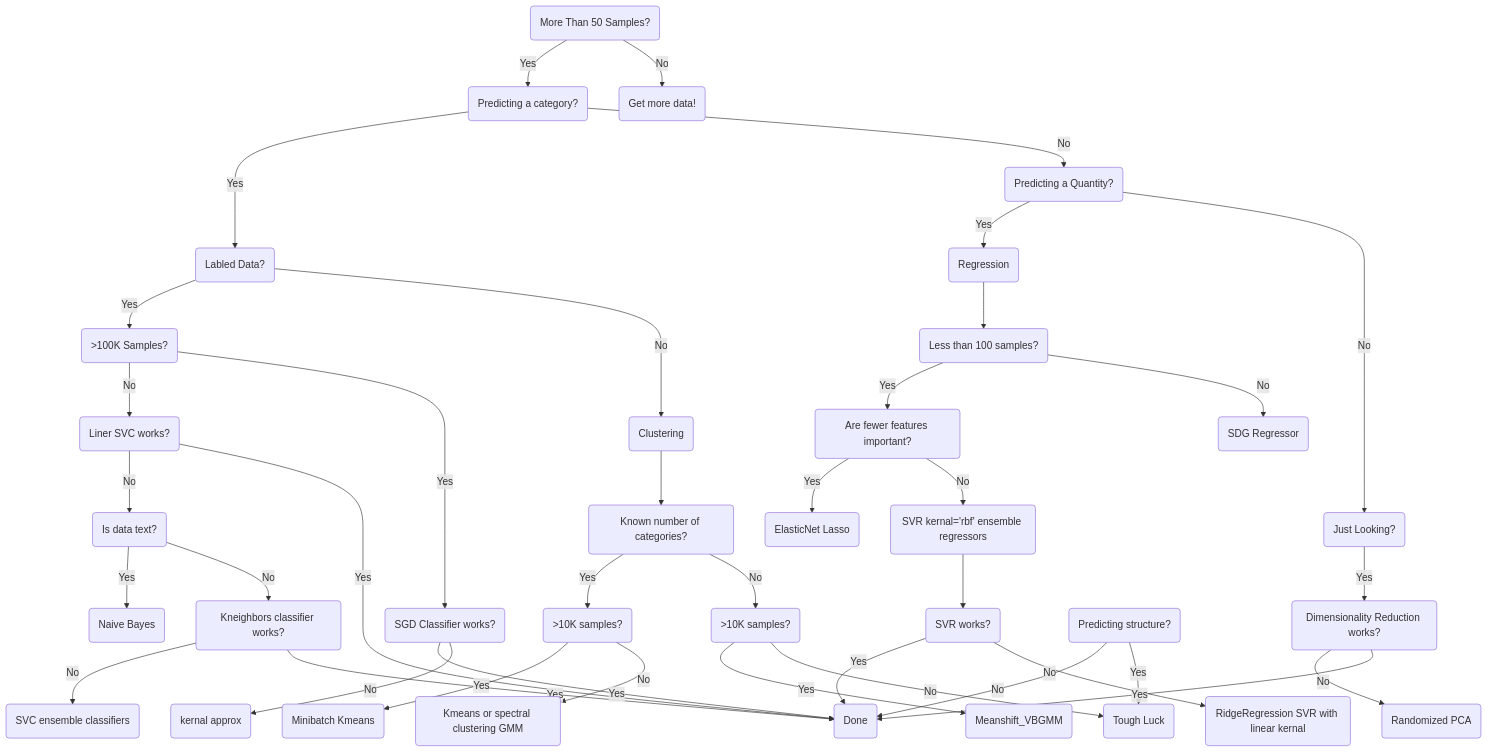
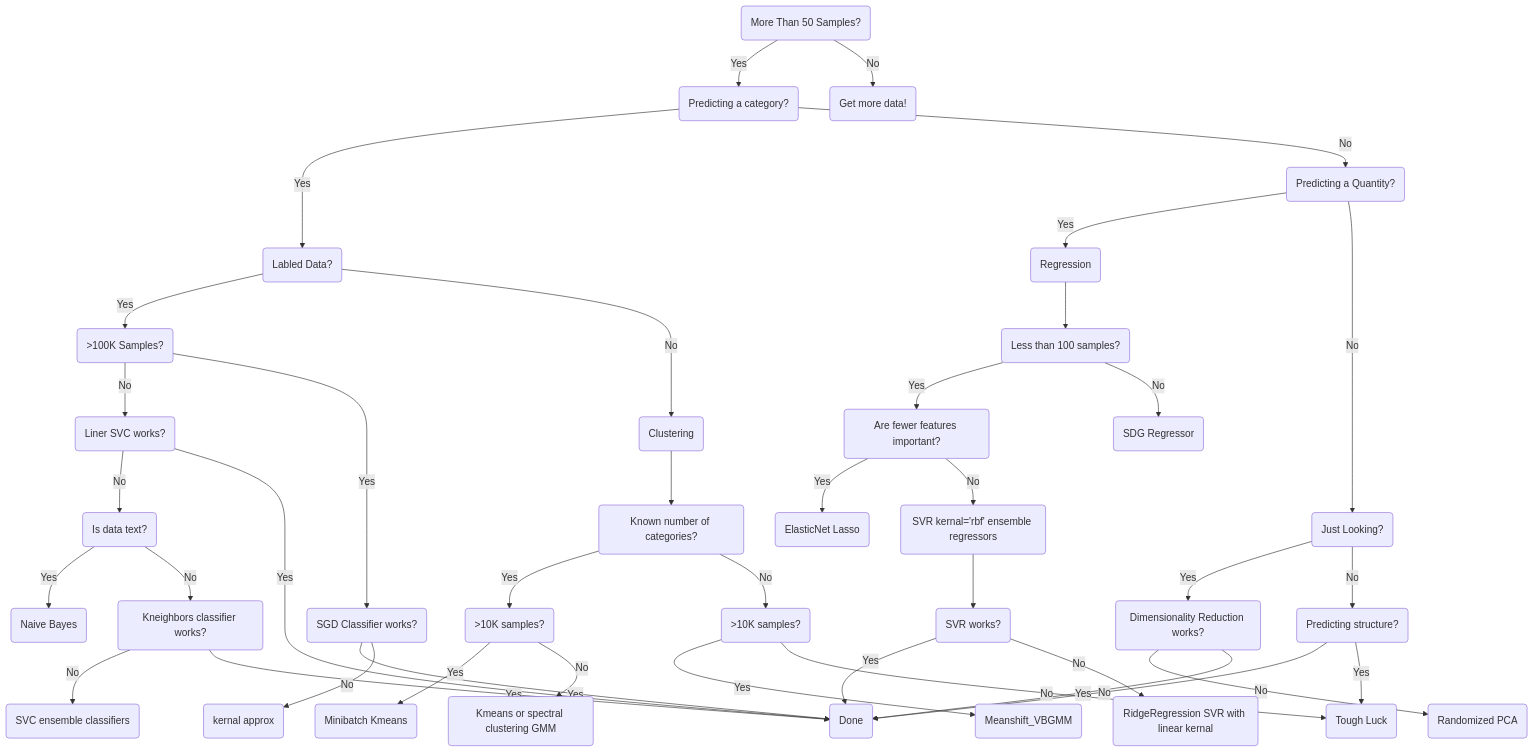
Before and after one commit to hwetsman/Public_Notes: the diagram in ML_Cheatsheet.md, drawn with Mermaid.

````diff
--- a/ML_Cheatsheet.md
+++ b/ML_Cheatsheet.md
@@ -1,80 +1,81 @@
 ```mermaid
 flowchart TD
 id1(More Than 50 Samples?)
   id2(Predicting a category?)
     id1-->|Yes|id2
     id4(Labled Data?)
       id2-->|Yes|id4
       id6(>100K Samples?)
         id4-->|Yes|id6
         id14(Clustering)
         id15(Known number of categories?)
           id16(>10K samples?)
           id17(>10K samples?)
           id15-->|Yes|id16
             id20(Meanshift_VBGMM)
             id98(Tough Luck)
             id17-->|Yes|id20
             id17-->|No|id98
           id15-->|No|id17
             id18(Minibatch Kmeans)
             id19(Kmeans or spectral clustering GMM)
             id16-->|Yes|id18
             id16-->|No|id19
         id14-->id15
         id4-->|No|id14
         id7(Liner SVC works?)
         id6-->|No|id7
         id8(SGD Classifier works?)
           id8-->|Yes|id99
           id13(kernal approx)
           id8-->|No|id13
         id6-->|Yes|id8
           id9(Is data text?)
           id7-->|No|id9
             id10(Naive Bayes)
             id9-->|Yes|id10
             id11(Kneighbors classifier works?)
             id9-->|No|id11
               id12(SVC ensemble classifiers)
               id11-->|No|id12
               id99(Done)
                 id7-->|Yes|id99
               id11-->|Yes|id99
     id5(Predicting a Quantity?)
       id2-->|No|id5
       id30(Regression)
         id32(Less than 100 samples?)
           id33(Are fewer features important?)
             id32-->|Yes|id33
             id34(ElasticNet Lasso)
               id33-->|Yes|id34
             id35(SVR kernal='rbf' ensemble regressors)
               id33-->|No|id35
             id36(SVR works?)
               id35-->id36
             id37(RidgeRegression SVR with linear kernal)
               id36-->|Yes|id99
               id36-->|No|id37
         id38(SDG Regressor)
           id32-->|No|id38
       id31(Just Looking?)
         id5-->|Yes|id30
         id30-->id32
         id5-->|No|id31
         id40(Dimensionality Reduction works?)
           id31-->|Yes|id40
         id41(Randomized PCA)
           id40-->|No|id41
           id40-->|Yes|id99
         id42(Predicting structure?)
+        id31-->|No|id42
           id42-->|No|id99
           id42-->|Yes|id98
 
 
 
   id3(Get more data!)
     id1-->|No|id3
   
   
 ```
````
